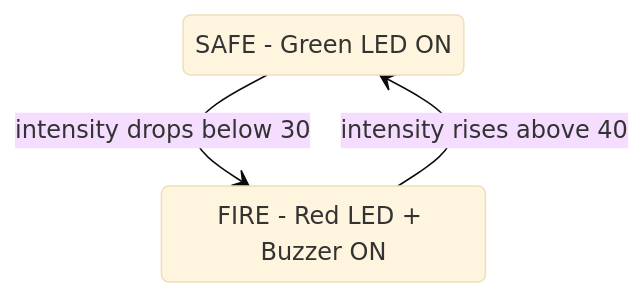
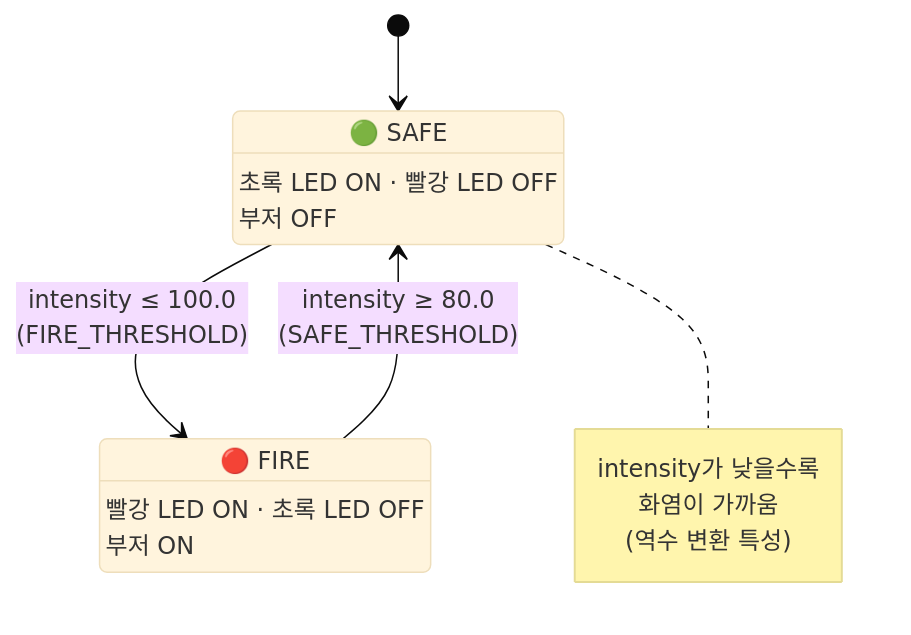
One commit to sangaje/the-Photatos changed the tenth of 15 diagrams in README.md. Above: the diagram before and after it, drawn with Mermaid (base theme). The commit also changed other lines of this file, not shown here.

````diff
--- a/README.md
+++ b/README.md
@@ -291,8 +863,21 @@
 ```mermaid
 stateDiagram-v2
-    SAFE : SAFE - Green LED ON
-    FIRE : FIRE - Red LED + Buzzer ON
+    [*] --> SAFE
+    
+    SAFE : 🟢 SAFE
+    SAFE : 초록 LED ON · 빨강 LED OFF
+    SAFE : 부저 OFF
 
-    SAFE --> FIRE : intensity drops below 30
-    FIRE --> SAFE : intensity rises above 40
+    FIRE : 🔴 FIRE
+    FIRE : 빨강 LED ON · 초록 LED OFF
+    FIRE : 부저 ON
+
+    SAFE --> FIRE : intensity ≤ 100.0<br/>(FIRE_THRESHOLD)
+    FIRE --> SAFE : intensity ≥ 80.0<br/>(SAFE_THRESHOLD)
+
+    note right of SAFE
+        intensity가 낮을수록
+        화염이 가까움
+        (역수 변환 특성)
+    end note
 ```
````
